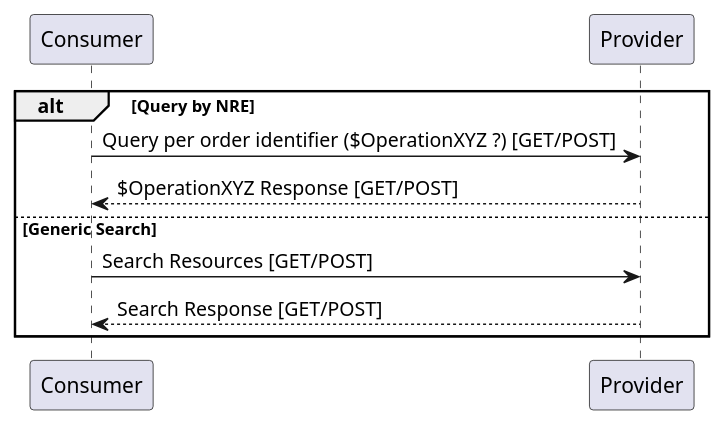
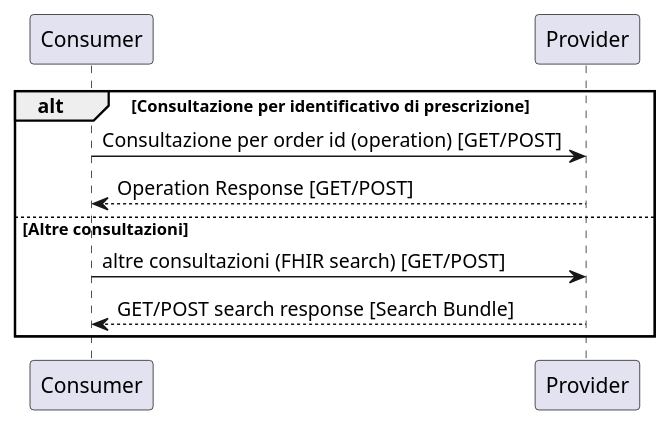
Before and after one commit to hl7-it/dossier-pharma: the diagram in input/images-source/sequence-3.plantuml, drawn with PlantUML. The commit also changed 8 other files, not shown here.

Commit message:
Revised sequence diagrams

```diff
--- a/input/images-source/sequence-3.plantuml
+++ b/input/images-source/sequence-3.plantuml
@@ -1,9 +1,9 @@
 @startuml
-alt Query by NRE
-	"Consumer" -> "Provider" : Query per order identifier ($OperationXYZ ?) [GET/POST]
-	"Provider" --> "Consumer" : $OperationXYZ Response [GET/POST]
-else Generic Search
-	"Consumer" -> "Provider" : Search Resources [GET/POST]
-	"Provider" --> "Consumer" : Search Response [GET/POST]
+alt Consultazione per identificativo di prescrizione
+	"Consumer" -> "Provider" : Consultazione per order id (operation) [GET/POST]
+	"Provider" --> "Consumer" : Operation Response [GET/POST]
+else Altre consultazioni 
+	"Consumer" -> "Provider" : altre consultazioni (FHIR search) [GET/POST]
+	"Provider" --> "Consumer" : GET/POST search response [Search Bundle]
 end
 @enduml
```
